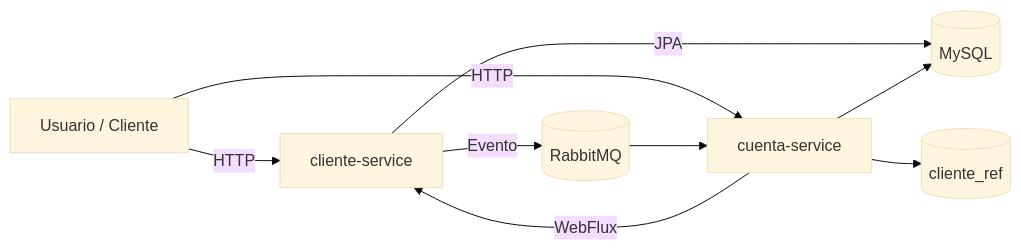
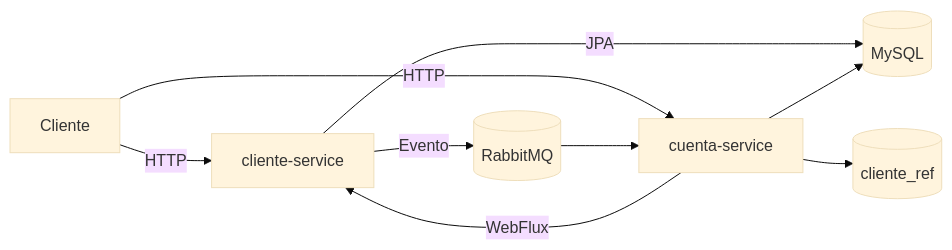
One commit to davecalix-svg/devsu-microservices changed the diagram in README.md. Above: the diagram before and after it, drawn with Mermaid (base theme).

````diff
--- a/README.md
+++ b/README.md
@@ -12,21 +12,21 @@
 ``` mermaid
 flowchart LR
-    User[Usuario / Cliente]
+    User[Cliente]
     ClienteService[cliente-service]
     CuentaService[cuenta-service]
     DB[(MySQL)]
     RabbitMQ[(RabbitMQ)]
     ClienteRef[(cliente_ref)]
 
     User -->|HTTP| ClienteService
     User -->|HTTP| CuentaService
 
     ClienteService -->|JPA| DB
     ClienteService -->|Evento| RabbitMQ
 
     RabbitMQ --> CuentaService
     CuentaService --> ClienteRef
     CuentaService --> DB
 
     CuentaService -->|WebFlux| ClienteService
 ```
````
